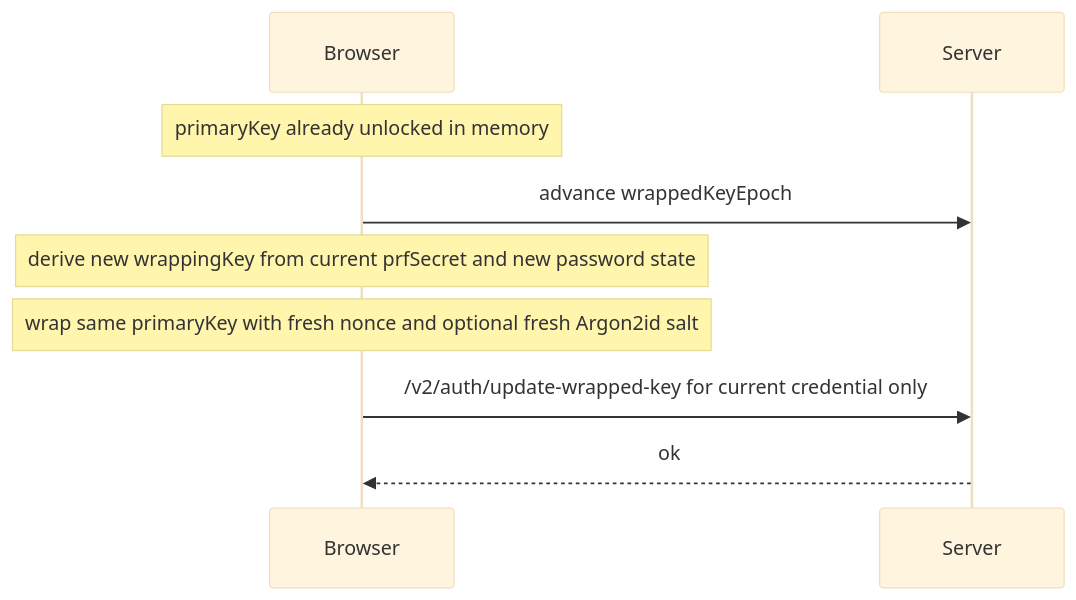
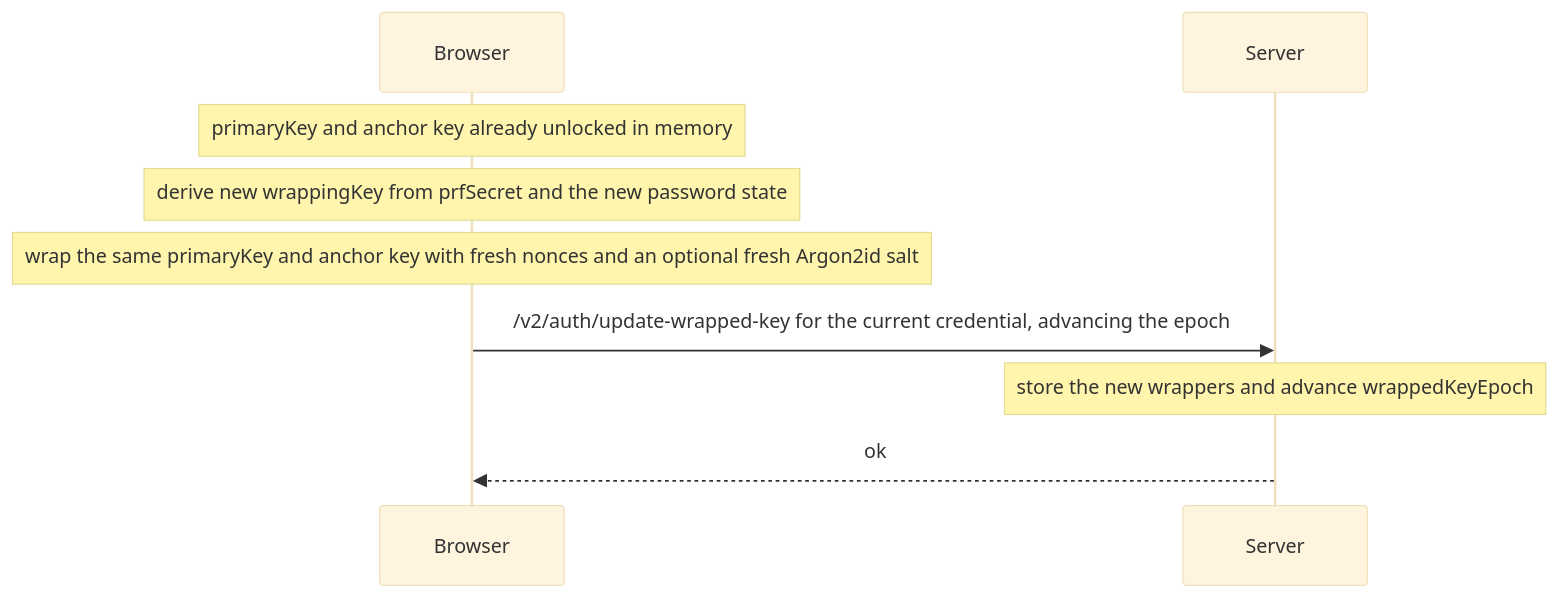
Before and after one commit to ItalyPaleAle/revaulter: the seventh of 9 diagrams in docs/content/docs/crypto-architecture.md, drawn with Mermaid (base theme). The commit also changed other lines of this file, not shown here.

First line of the commit message:
Update crypto-architecture

````diff
--- a/docs/content/docs/crypto-architecture.md
+++ b/docs/content/docs/crypto-architecture.md
@@ -367,12 +426,12 @@
 ```mermaid
 sequenceDiagram
     participant B as Browser
     participant S as Server
 
-    Note over B: primaryKey already unlocked in memory
-    B->>S: advance wrappedKeyEpoch
-    Note over B: derive new wrappingKey from current prfSecret and new password state
-    Note over B: wrap same primaryKey with fresh nonce and optional fresh Argon2id salt
-    B->>S: /v2/auth/update-wrapped-key for current credential only
+    Note over B: primaryKey and anchor key already unlocked in memory
+    Note over B: derive new wrappingKey from prfSecret and the new password state
+    Note over B: wrap the same primaryKey and anchor key with fresh nonces and an optional fresh Argon2id salt
+    B->>S: /v2/auth/update-wrapped-key for the current credential, advancing the epoch
+    Note over S: store the new wrappers and advance wrappedKeyEpoch
     S-->>B: ok
 ```
````
